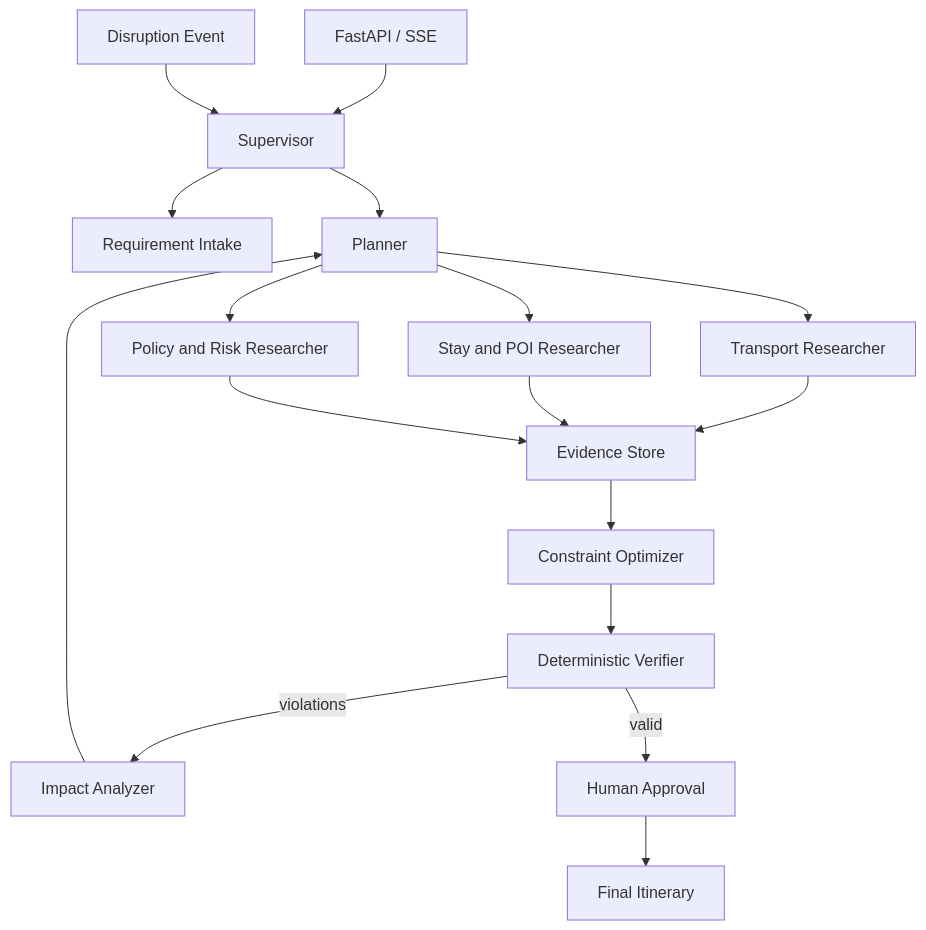
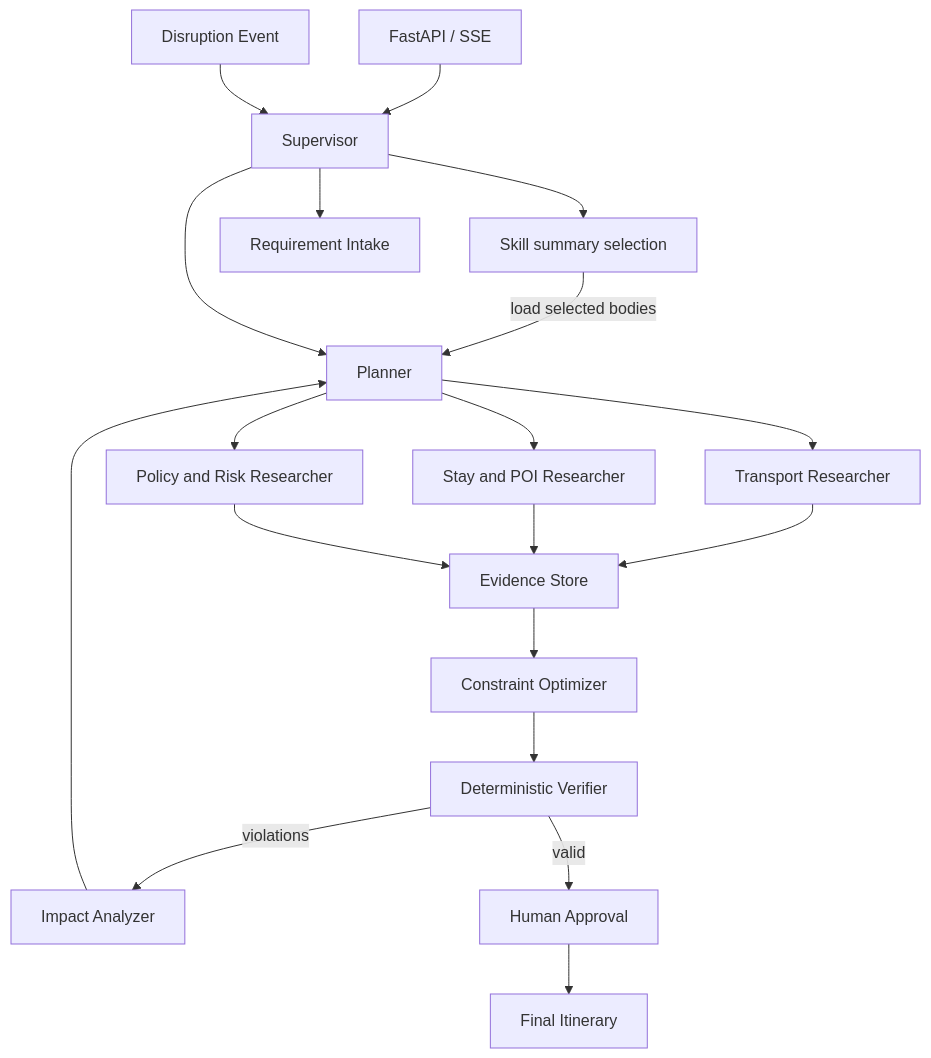
The diagram in docs/architecture.md (liuw55804-sys/tripops-agent), drawn with Mermaid before and after one commit. The commit also changed other lines of this file and 38 other files, not shown here.

````diff
--- a/docs/architecture.md
+++ b/docs/architecture.md
@@ -5,19 +5,21 @@
 ```mermaid
 flowchart TD
     API[FastAPI / SSE] --> SUP[Supervisor]
+    SUP --> SKILL[Skill summary selection]
+    SKILL -->|load selected bodies| PLAN
     SUP --> INTAKE[Requirement Intake]
     SUP --> PLAN[Planner]
     PLAN --> R1[Transport Researcher]
     PLAN --> R2[Stay and POI Researcher]
     PLAN --> R3[Policy and Risk Researcher]
     R1 --> EVIDENCE[Evidence Store]
     R2 --> EVIDENCE
     R3 --> EVIDENCE
     EVIDENCE --> SOLVER[Constraint Optimizer]
     SOLVER --> VERIFY[Deterministic Verifier]
     VERIFY -->|violations| IMPACT[Impact Analyzer]
     IMPACT --> PLAN
     VERIFY -->|valid| APPROVAL[Human Approval]
     APPROVAL --> FINAL[Final Itinerary]
     EVENT[Disruption Event] --> SUP
 ```
````
